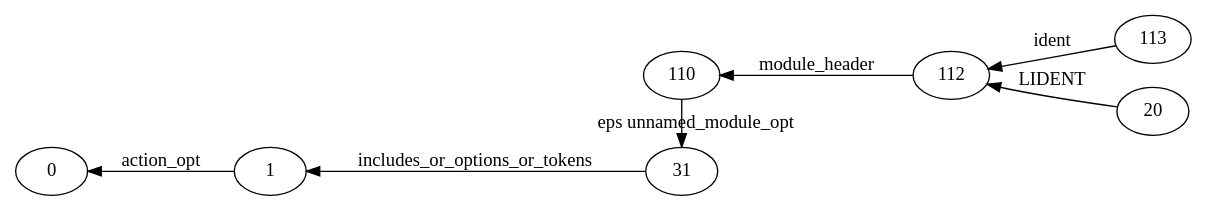
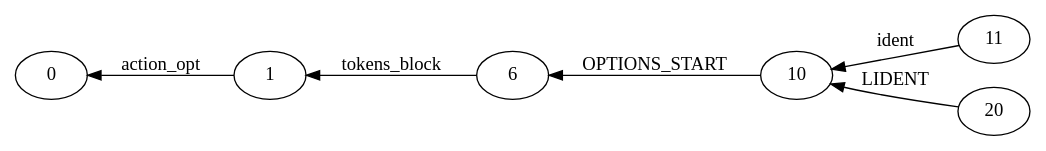
One commit to auduchinok/QuickGraph changed the diagram in src/DotParser/res.dot. Above: the diagram before and after it, drawn with Graphviz. The commit also changed 7 other files, not shown here.

```diff
--- a/src/DotParser/res.dot
+++ b/src/DotParser/res.dot
@@ -1,21 +1,19 @@
 digraph GSS {
     rankdir=RL
-    0 [label="113"]
-    1 [label="112"]
-    2 [label="110"]
-    3 [label="31"]
-    4 [label="1"]
-    5 [label="0"]
-    4 -> 5 [label="action_opt"]
-    3 -> 4 [label="includes_or_options_or_tokens"]
-    2 -> 3 [label="eps unnamed_module_opt"]
-    1 -> 2 [label="module_header"]
+    0 [label="11"]
+    1 [label="10"]
+    2 [label="6"]
+    3 [label="1"]
+    4 [label="0"]
+    3 -> 4 [label="action_opt"]
+    2 -> 3 [label="tokens_block"]
+    1 -> 2 [label="OPTIONS_START"]
     0 -> 1 [label="ident"]
-    6 [label="20"]
-    6 -> 1 [label="LIDENT"]
-    {rank=same; 6 0}
+    5 [label="20"]
+    5 -> 1 [label="LIDENT"]
+    {rank=same; 5 0}
     {rank=same; 1}
-    {rank=same; 3 2}
+    {rank=same; 2}
+    {rank=same; 3}
     {rank=same; 4}
-    {rank=same; 5}
 }
```
